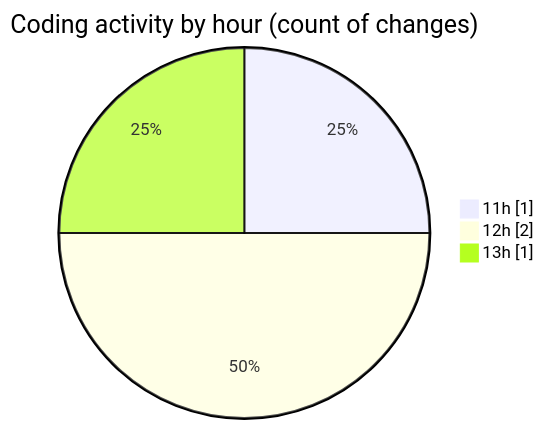
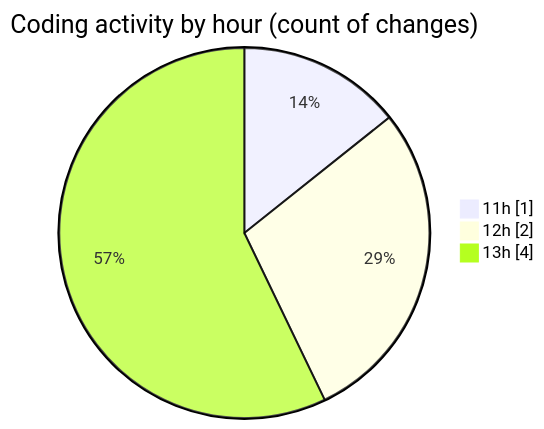
Before and after one commit to nxtqubesakshisongat/code-tracking: the second of 2 diagrams in 2025-05-23/nxtqube_webapp/README.md, drawn with Mermaid. The commit also changed other lines of this file and 1 other file, not shown here.

````diff
--- a/2025-05-23/nxtqube_webapp/README.md
+++ b/2025-05-23/nxtqube_webapp/README.md
@@ -29,7 +29,7 @@
 ```mermaid
 pie showData
 title Coding activity by hour (count of changes)
 "11h" : 1
 "12h" : 2
-"13h" : 1
+"13h" : 4
 ```
````
